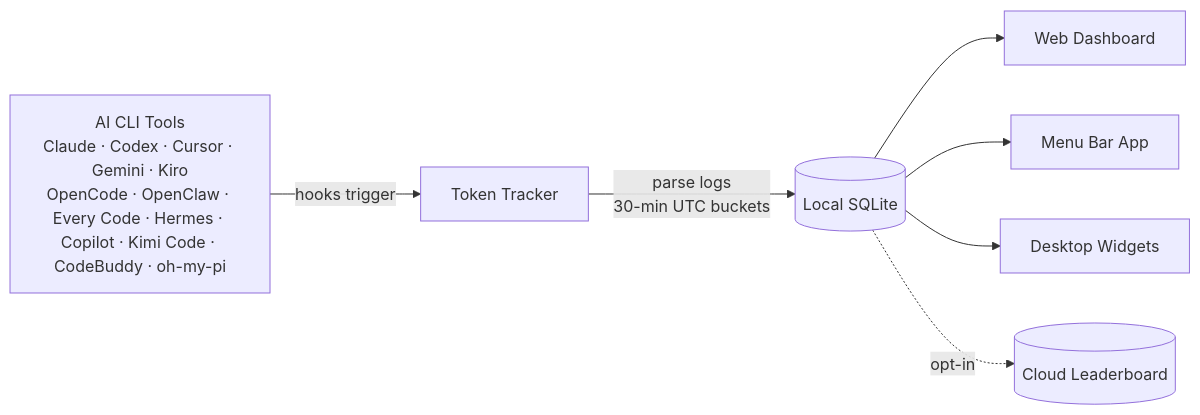
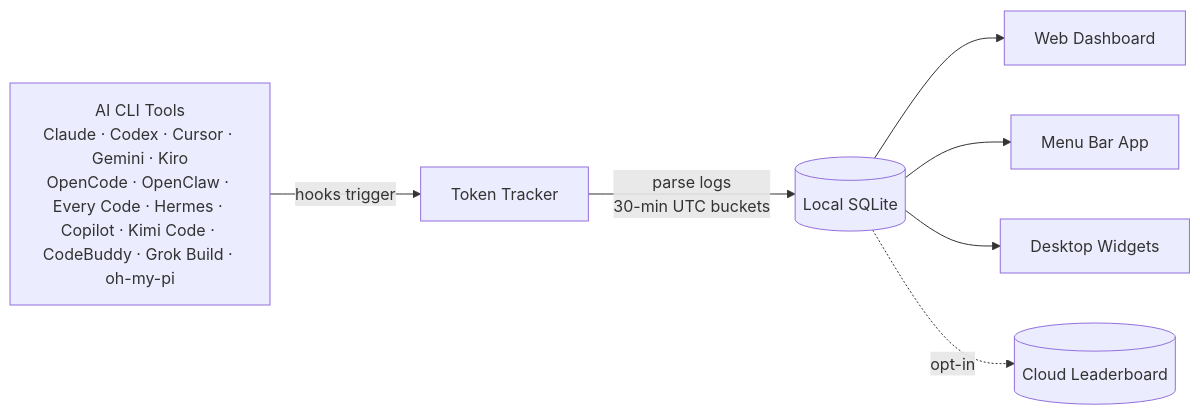
One commit to mm7894215/TokenTracker changed the diagram in README.md. Above: the diagram before and after it, drawn with Mermaid. The commit also changed other lines of this file and 11 other files, not shown here.

Commit message:
fix: harden Grok Build integration

````diff
--- a/README.md
+++ b/README.md
@@ -190,10 +191,10 @@
 ```mermaid
 flowchart LR
-    A["AI CLI Tools<br/>Claude · Codex · Cursor · Gemini · Kiro<br/>OpenCode · OpenClaw · Every Code · Hermes · Copilot · Kimi Code · CodeBuddy · oh-my-pi"]
+    A["AI CLI Tools<br/>Claude · Codex · Cursor · Gemini · Kiro<br/>OpenCode · OpenClaw · Every Code · Hermes · Copilot · Kimi Code · CodeBuddy · Grok Build · oh-my-pi"]
     A -->|hooks trigger| B[Token Tracker]
     B -->|parse logs<br/>30-min UTC buckets| C[(Local SQLite)]
     C --> D[Web Dashboard]
     C --> E[Menu Bar App]
     C --> F[Desktop Widgets]
     C -.->|opt-in| G[(Cloud Leaderboard)]
 ```
````
